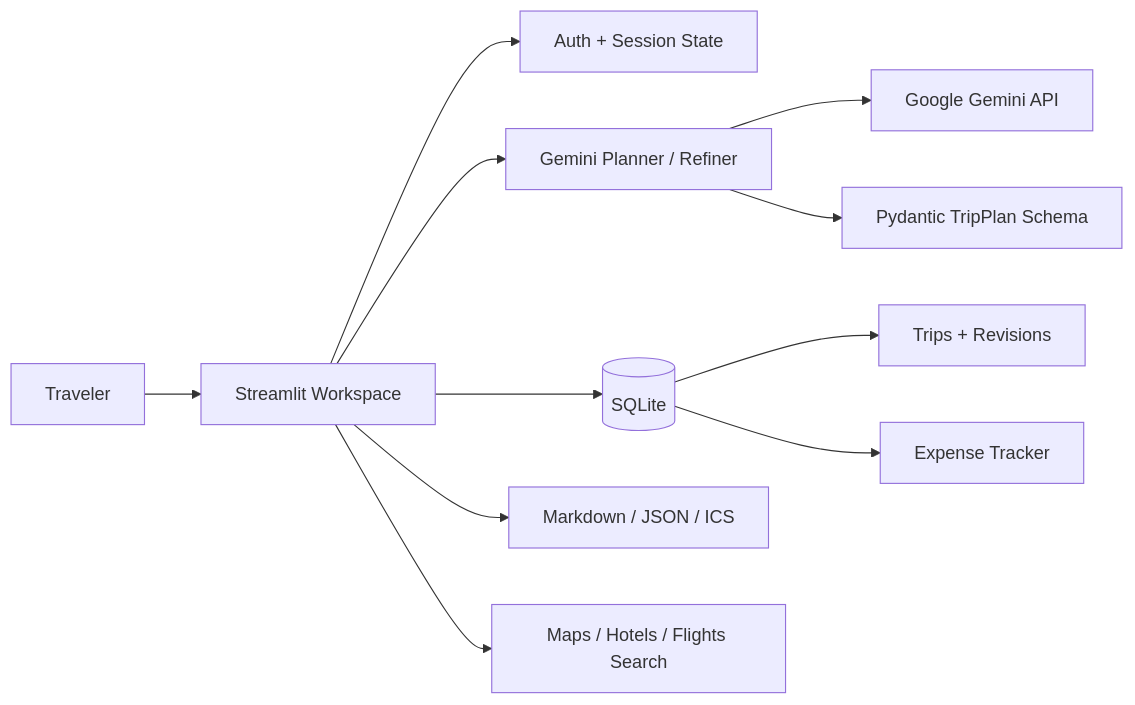
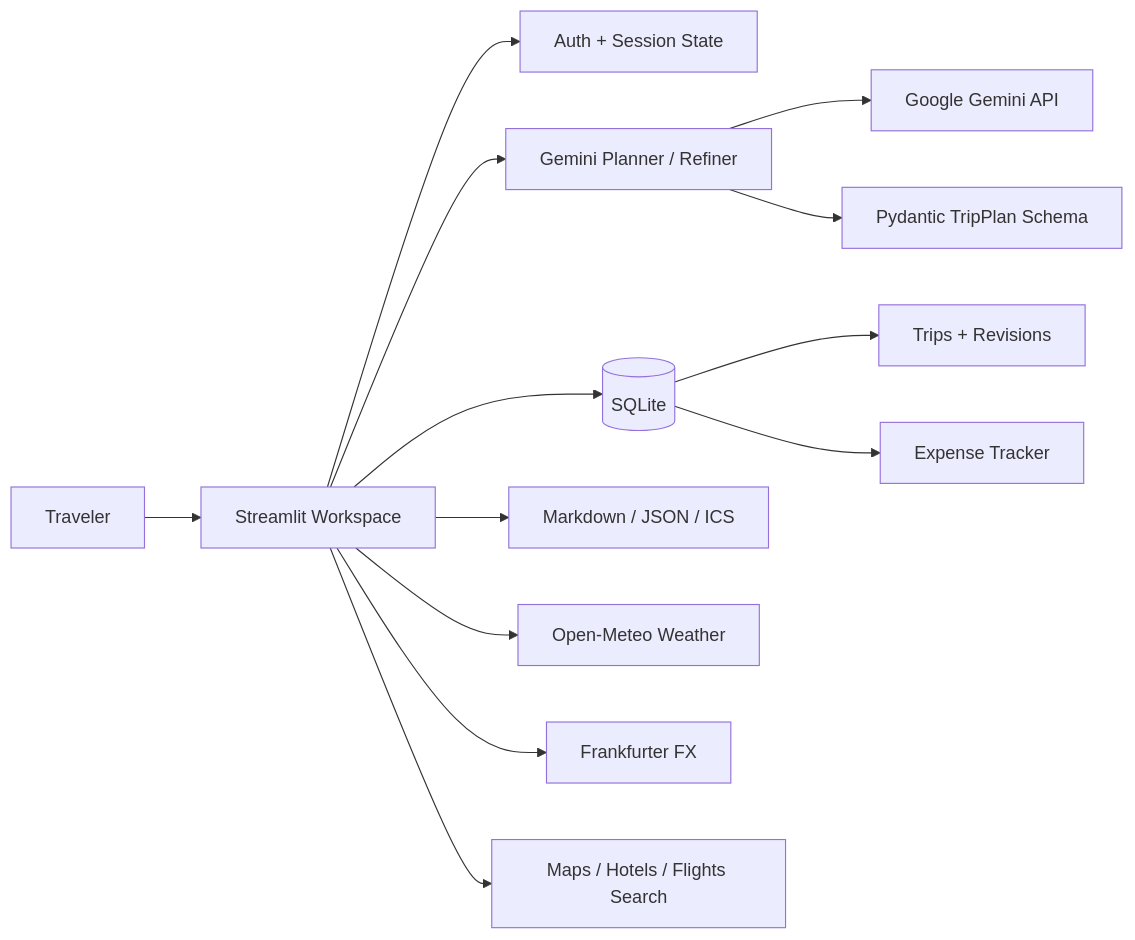
The diagram in README.md (YashAgarwal-31/RouteMatrix-AI-Travel-Itinerary-Planner), drawn with Mermaid before and after one commit. The commit also changed other lines of this file, not shown here.

Commit message:
docs: align README architecture with live data features

````diff
--- a/README.md
+++ b/README.md
@@ -54,13 +54,15 @@
 ```mermaid
 flowchart LR
     U[Traveler] --> UI[Streamlit Workspace]
     UI --> AUTH[Auth + Session State]
     UI --> AI[Gemini Planner / Refiner]
     AI --> G[Google Gemini API]
     AI --> SCHEMA[Pydantic TripPlan Schema]
     UI --> DB[(SQLite)]
     DB --> TRIPS[Trips + Revisions]
     DB --> EXPENSES[Expense Tracker]
     UI --> EXPORT[Markdown / JSON / ICS]
+    UI --> WEATHER[Open-Meteo Weather]
+    UI --> FX[Frankfurter FX]
     UI --> LINKS[Maps / Hotels / Flights Search]
 ```
````
